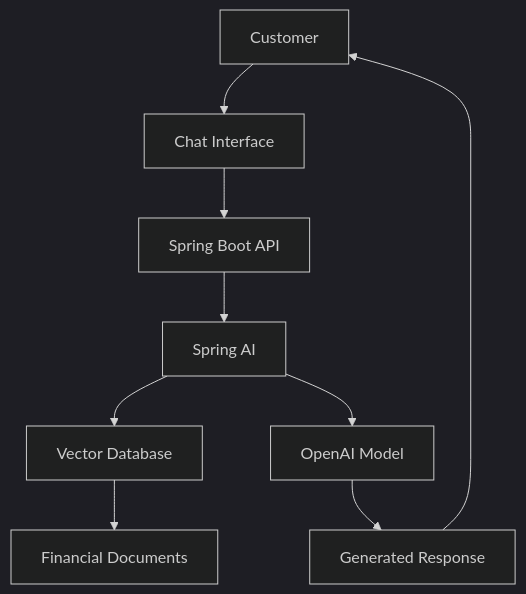
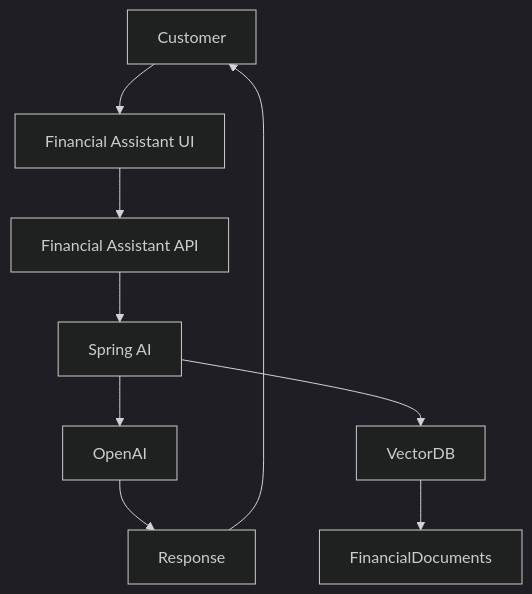
Before and after one commit to mohammadadil-dev/financial-assistant-api: the first of 2 diagrams in README.md, drawn with Mermaid (dark theme). The commit also changed other lines of this file, not shown here.

````diff
--- a/README.md
+++ b/README.md
@@ -25,21 +24,27 @@
 ```mermaid
 flowchart TD
 
-    User[Customer]
+Customer
+--> UI[Financial Assistant UI]
 
-    User --> UI[Chat Interface]
+UI
+--> API[Financial Assistant API]
 
-    UI --> API[Spring Boot API]
+API
+--> SpringAI[Spring AI]
 
-    API --> AI[Spring AI]
+SpringAI
+--> OpenAI
 
-    AI --> VDB[Vector Database]
+SpringAI
+--> VectorDB
 
-    AI --> OPENAI[OpenAI Model]
+VectorDB
+--> FinancialDocuments
 
-    VDB --> DOCS[Financial Documents]
+OpenAI
+--> Response
 
-    OPENAI --> RESPONSE[Generated Response]
-
-    RESPONSE --> User
+Response
+--> Customer
 ```
````
